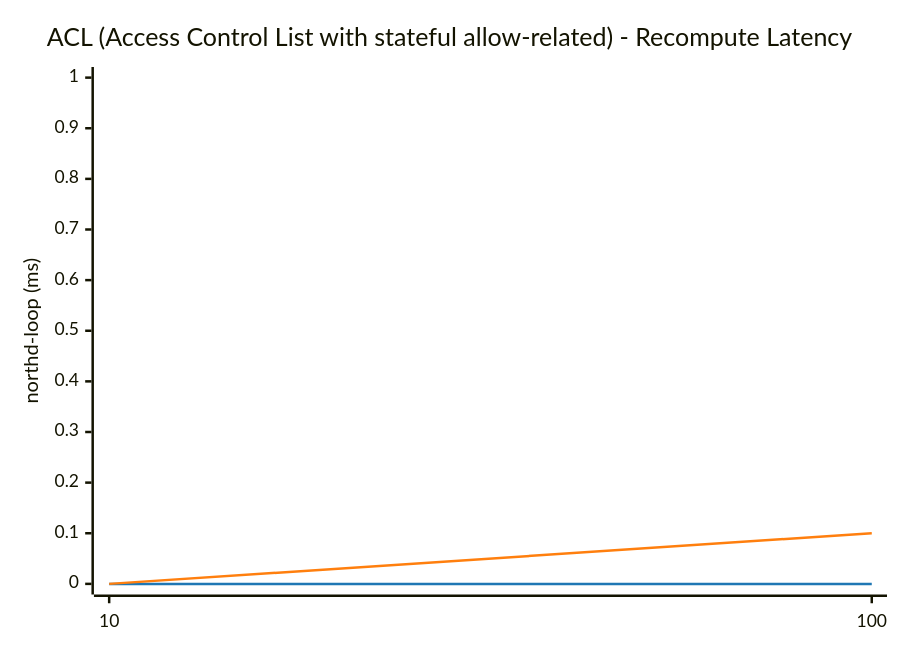
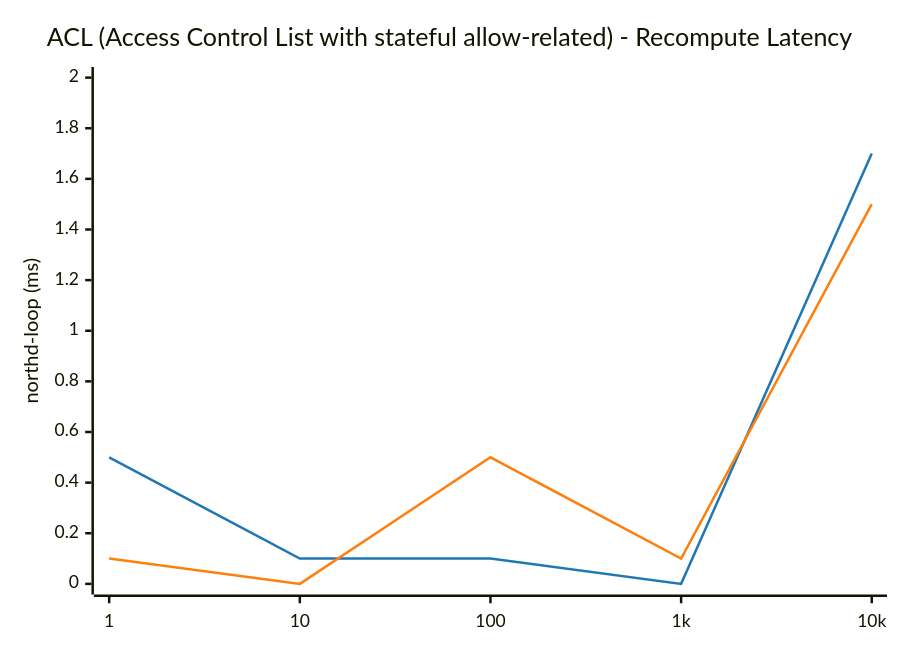
One commit to LionelJouin/ovs-ovn-bench changed the third of 14 diagrams in results/BENCHMARK_REPORT.md. Above: the diagram before and after it, drawn with Mermaid. The commit also changed other lines of this file and 4 other files, not shown here.

````diff
--- a/results/BENCHMARK_REPORT.md
+++ b/results/BENCHMARK_REPORT.md
@@ -135,14 +237,14 @@
 ```mermaid
 ---
 config:
     themeVariables:
         xyChart:
             plotColorPalette: "#1f77b4, #ff7f0e"
 ---
 xychart-beta
     title "ACL (Access Control List with stateful allow-related) - Recompute Latency"
-    x-axis ["10", "100"]
-    y-axis "northd-loop (ms)" 0 --> 1
-    line "glibc malloc" [0.0, 0.0]
-    line "jemalloc" [0.0, 0.1]
+    x-axis ["1", "10", "100", "1k", "10k"]
+    y-axis "northd-loop (ms)" 0 --> 2
+    line "glibc malloc" [0.5, 0.1, 0.1, 0.0, 1.7]
+    line "jemalloc" [0.1, 0.0, 0.5, 0.1, 1.5]
 ```
````
